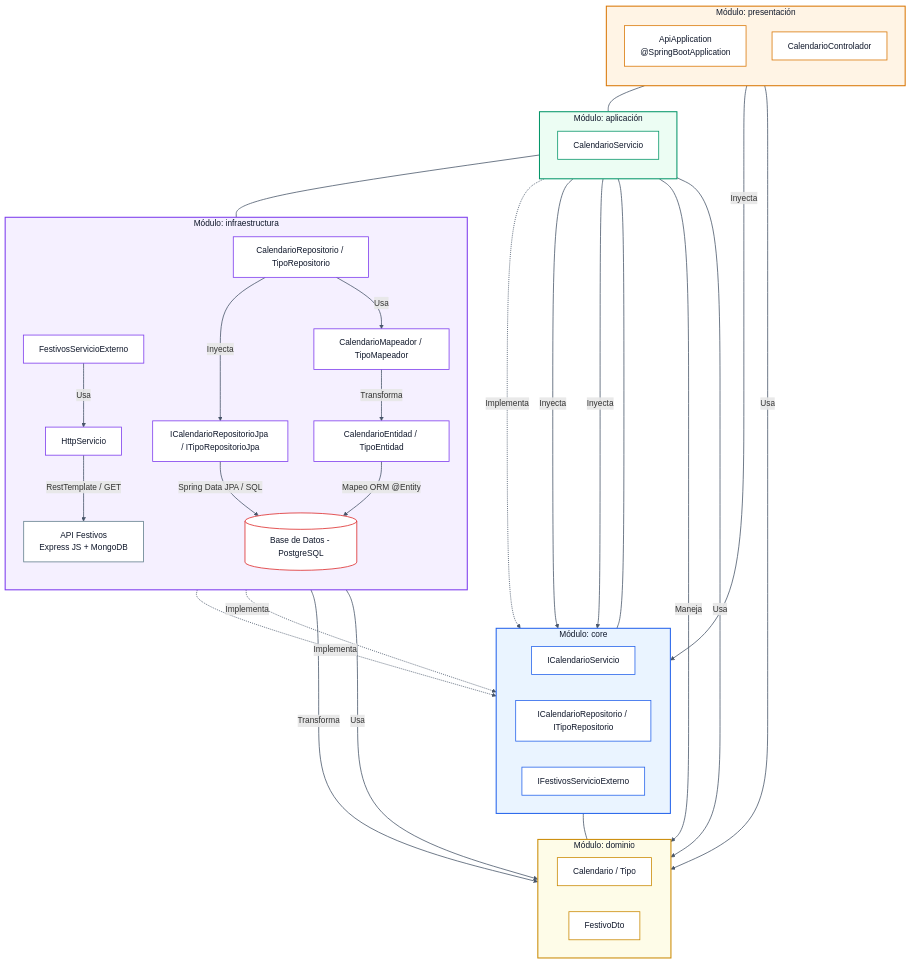
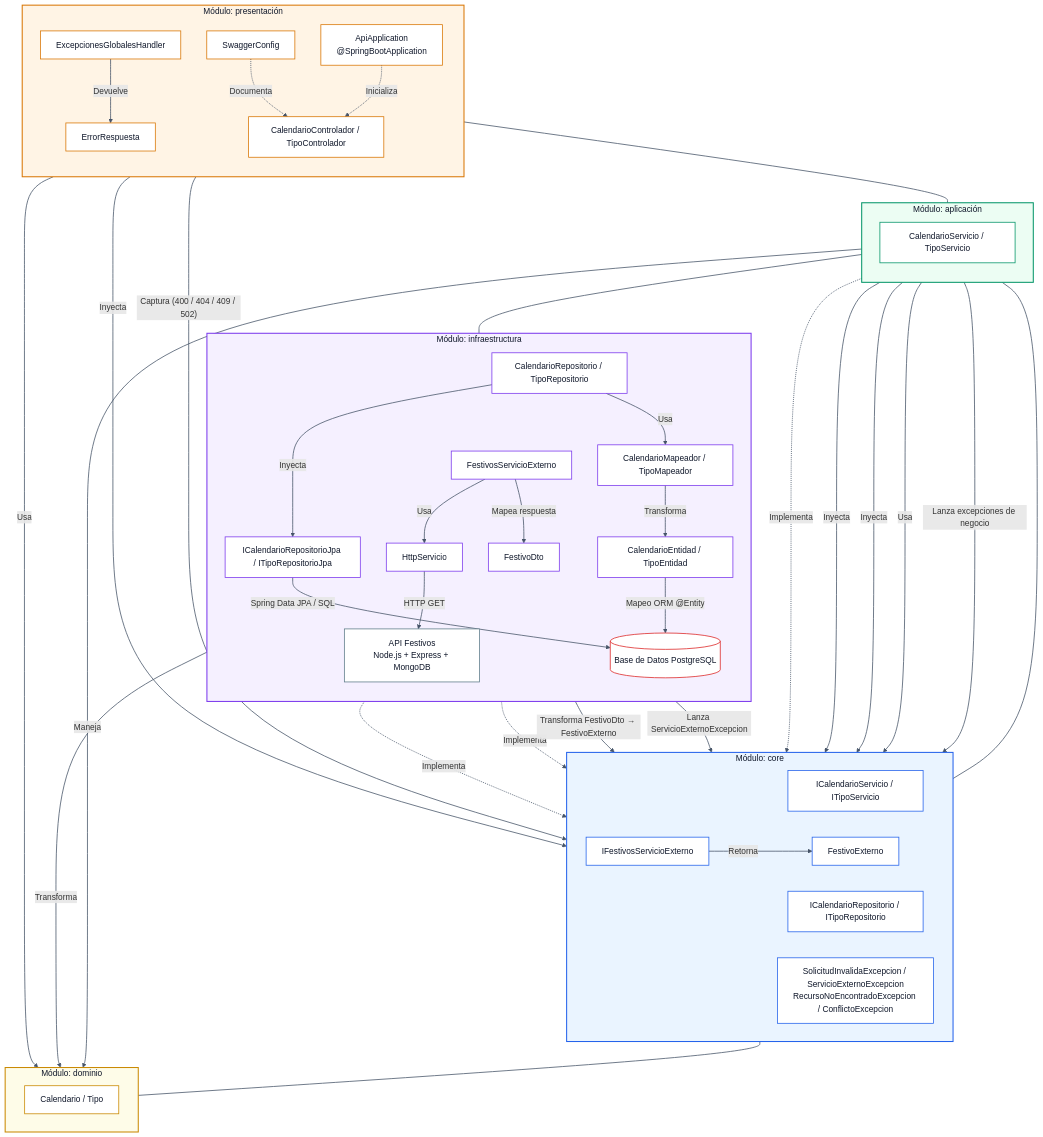
The diagram in diagramas/calendario_API/arquitectura-calendario.md (ivnmorales/Proyecto_Arquitectura_Festivos), drawn with Mermaid before and after one commit. The commit also changed 43 other files, not shown here.

Commit message:
Implementar API Calendario (Spring Boot, arquitectura Onion, PostgreSQL) con CRUD de Tipo, Swagger, Postman y documentación

````diff
--- a/diagramas/calendario_API/arquitectura-calendario.md
+++ b/diagramas/calendario_API/arquitectura-calendario.md
@@ -10,8 +10,6 @@
         direction LR
 
         Entities["Calendario / Tipo"]
-
-        DTOs["FestivoDto"]
     end
 
 
@@ -21,11 +19,15 @@
     subgraph CoreLayer["Módulo: core"]
         direction LR
 
-        ServiceInterfaces["ICalendarioServicio"]
+        ServiceInterfaces["ICalendarioServicio / ITipoServicio"]
 
         RepositoryInterfaces["ICalendarioRepositorio / ITipoRepositorio"]
 
         IntegrationInterfaces["IFestivosServicioExterno"]
+
+        CoreModels["FestivoExterno"]
+
+        CoreExceptions["SolicitudInvalidaExcepcion / ServicioExternoExcepcion<br/>RecursoNoEncontradoExcepcion / ConflictoExcepcion"]
     end
 
 
@@ -35,7 +37,7 @@
     subgraph ApplicationLayer["Módulo: aplicación"]
         direction TB
 
-        CalendarService["CalendarioServicio"]
+        CalendarService["CalendarioServicio / TipoServicio"]
     end
 
 
@@ -55,11 +57,13 @@
 
         IntegrationExternal["FestivosServicioExterno"]
 
+        IntegrationDTO["FestivoDto"]
+
         HttpService["HttpServicio"]
 
-        DB[("Base de Datos - PostgreSQL")]
+        DB[("Base de Datos PostgreSQL")]
 
-        FestivosAPI["API Festivos<br/>Express JS + MongoDB"]
+        FestivosAPI["API Festivos<br/>Node.js + Express + MongoDB"]
     end
 
 
@@ -71,12 +75,18 @@
 
         App["ApiApplication<br/>@SpringBootApplication"]
 
-        Controller["CalendarioControlador"]
+        Controller["CalendarioControlador / TipoControlador"]
+
+        Swagger["SwaggerConfig"]
+
+        Handler["ExcepcionesGlobalesHandler"]
+
+        ErrorDTO["ErrorRespuesta"]
     end
 
 
     %% =========================
-    %% RELACIONES APLICACIÓN
+    %% APLICACIÓN -> CORE / DOMINIO
     %% =========================
     CalendarService -.->|"Implementa"| ServiceInterfaces
 
@@ -86,11 +96,15 @@
 
     CalendarService -->|"Maneja"| Entities
 
-    CalendarService -->|"Usa"| DTOs
+    CalendarService -->|"Usa"| CoreModels
+
+    CalendarService -->|"Lanza excepciones de negocio"| CoreExceptions
+
+    IntegrationInterfaces -->|"Retorna"| CoreModels
 
 
     %% =========================
-    %% RELACIONES INFRAESTRUCTURA
+    %% INFRAESTRUCTURA -> CORE
     %% =========================
     RepositoryImpl -.->|"Implementa"| RepositoryInterfaces
 
@@ -98,6 +112,10 @@
 
     RepositoryImpl -->|"Usa"| Mappers
 
+
+    %% =========================
+    %% MAPEO DE PERSISTENCIA
+    %% =========================
     Mappers -->|"Transforma"| Entities
 
     Mappers -->|"Transforma"| JpaEntities
@@ -108,11 +126,15 @@
     %% =========================
     IntegrationExternal -.->|"Implementa"| IntegrationInterfaces
 
-    IntegrationExternal -->|"Usa"| DTOs
-
     IntegrationExternal -->|"Usa"| HttpService
 
-    HttpService -->|"RestTemplate / GET"| FestivosAPI
+    IntegrationExternal -->|"Mapea respuesta"| IntegrationDTO
+
+    IntegrationDTO -->|"Transforma FestivoDto → FestivoExterno"| CoreModels
+
+    HttpService -->|"HTTP GET"| FestivosAPI
+
+    HttpService -->|"Lanza ServicioExternoExcepcion"| CoreExceptions
 
 
     %% =========================
@@ -124,11 +146,19 @@
 
 
     %% =========================
-    %% RELACIONES PRESENTACIÓN
+    %% PRESENTACIÓN
     %% =========================
     Controller -->|"Inyecta"| ServiceInterfaces
 
     Controller -->|"Usa"| Entities
+
+    Handler -->|"Devuelve"| ErrorDTO
+
+    Handler -->|"Captura (400 / 404 / 409 / 502)"| CoreExceptions
+
+    Swagger -.->|"Documenta"| Controller
+
+    App -.->|"Inicializa"| Controller
 
 
     %% =========================
@@ -144,13 +174,13 @@
 
 
     %% =========================
-    %% ESTILO GENERAL DE NODOS
+    %% ESTILO GENERAL
     %% =========================
     classDef default fill:#FFFFFF,stroke:#334155,stroke-width:1.5px,color:#0F172A
 
 
     %% =========================
-    %% ESTILOS DE LOS MÓDULOS
+    %% ESTILOS DE MÓDULOS
     %% =========================
     style PresentationLayer fill:#FFF4E5,stroke:#D97706,stroke-width:2px,color:#0F172A
 
@@ -164,50 +194,46 @@
 
 
     %% =========================
-    %% ESTILOS DE PRESENTACIÓN
+    %% PRESENTACIÓN
     %% =========================
     style App fill:#FFFFFF,stroke:#D97706,stroke-width:1.5px,color:#0F172A
-
     style Controller fill:#FFFFFF,stroke:#D97706,stroke-width:1.5px,color:#0F172A
+    style Swagger fill:#FFFFFF,stroke:#D97706,stroke-width:1.5px,color:#0F172A
+    style Handler fill:#FFFFFF,stroke:#D97706,stroke-width:1.5px,color:#0F172A
+    style ErrorDTO fill:#FFFFFF,stroke:#D97706,stroke-width:1.5px,color:#0F172A
 
 
     %% =========================
-    %% ESTILOS DE APLICACIÓN
+    %% APLICACIÓN
     %% =========================
     style CalendarService fill:#FFFFFF,stroke:#059669,stroke-width:1.5px,color:#0F172A
 
 
     %% =========================
-    %% ESTILOS DE CORE
+    %% CORE
     %% =========================
     style ServiceInterfaces fill:#FFFFFF,stroke:#2563EB,stroke-width:1.5px,color:#0F172A
-
     style RepositoryInterfaces fill:#FFFFFF,stroke:#2563EB,stroke-width:1.5px,color:#0F172A
-
     style IntegrationInterfaces fill:#FFFFFF,stroke:#2563EB,stroke-width:1.5px,color:#0F172A
+    style CoreModels fill:#FFFFFF,stroke:#2563EB,stroke-width:1.5px,color:#0F172A
+    style CoreExceptions fill:#FFFFFF,stroke:#2563EB,stroke-width:1.5px,color:#0F172A
 
 
     %% =========================
-    %% ESTILOS DE DOMINIO
+    %% DOMINIO
     %% =========================
     style Entities fill:#FFFFFF,stroke:#CA8A04,stroke-width:1.5px,color:#0F172A
 
-    style DTOs fill:#FFFFFF,stroke:#CA8A04,stroke-width:1.5px,color:#0F172A
-
 
     %% =========================
-    %% ESTILOS DE INFRAESTRUCTURA
+    %% INFRAESTRUCTURA
     %% =========================
     style RepositoryImpl fill:#FFFFFF,stroke:#7C3AED,stroke-width:1.5px,color:#0F172A
-
     style JpaRepositories fill:#FFFFFF,stroke:#7C3AED,stroke-width:1.5px,color:#0F172A
-
     style JpaEntities fill:#FFFFFF,stroke:#7C3AED,stroke-width:1.5px,color:#0F172A
-
     style Mappers fill:#FFFFFF,stroke:#7C3AED,stroke-width:1.5px,color:#0F172A
-
     style IntegrationExternal fill:#FFFFFF,stroke:#7C3AED,stroke-width:1.5px,color:#0F172A
-
+    style IntegrationDTO fill:#FFFFFF,stroke:#7C3AED,stroke-width:1.5px,color:#0F172A
     style HttpService fill:#FFFFFF,stroke:#7C3AED,stroke-width:1.5px,color:#0F172A
 
     style DB fill:#FFFFFF,stroke:#DC2626,stroke-width:1.5px,color:#0F172A
@@ -216,7 +242,7 @@
 
 
     %% =========================
-    %% COLOR DE LAS CONEXIONES
+    %% CONEXIONES
     %% =========================
     linkStyle default stroke:#475569,stroke-width:1.5px
 ```
````
